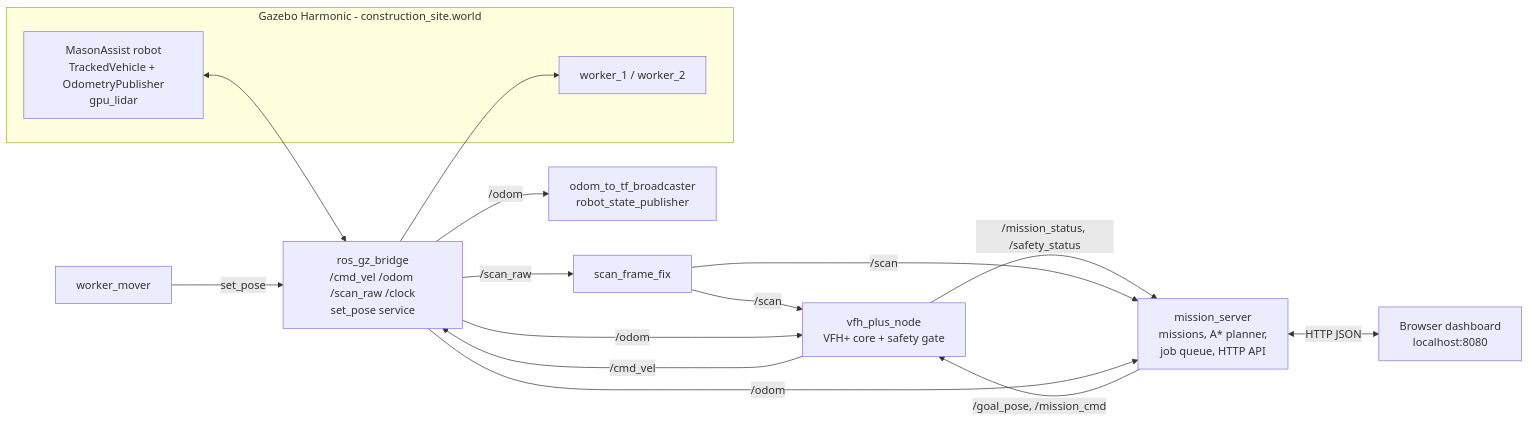
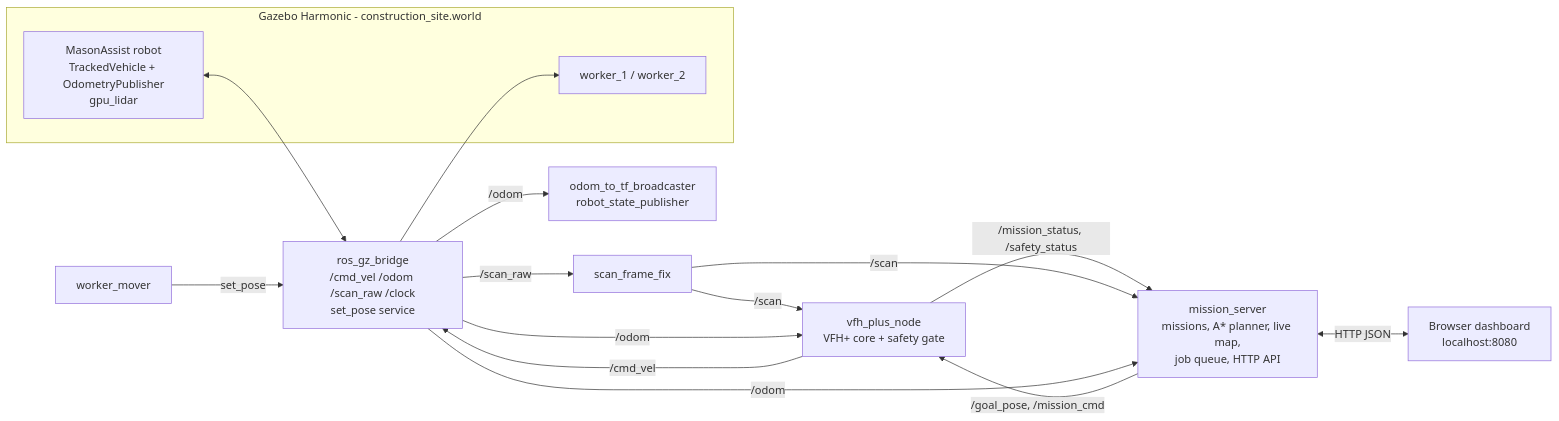
The diagram in README.md (akki0312-tech/MasonAssist), drawn with Mermaid before and after one commit. The commit also changed other lines of this file and 8 other files, not shown here.

````diff
--- a/README.md
+++ b/README.md
@@ -27,28 +28,28 @@
 ```mermaid
 flowchart LR
   subgraph GZ["Gazebo Harmonic - construction_site.world"]
     ROBOT["MasonAssist robot<br/>TrackedVehicle + OdometryPublisher<br/>gpu_lidar"]
     WORKERS["worker_1 / worker_2"]
   end
 
   BRIDGE["ros_gz_bridge<br/>/cmd_vel /odom /scan_raw /clock<br/>set_pose service"]
   SFF["scan_frame_fix"]
   TF["odom_to_tf_broadcaster<br/>robot_state_publisher"]
   VFH["vfh_plus_node<br/>VFH+ core + safety gate"]
-  MS["mission_server<br/>missions, A* planner,<br/>job queue, HTTP API"]
+  MS["mission_server<br/>missions, A* planner, live map,<br/>job queue, HTTP API"]
   WM["worker_mover"]
   UI["Browser dashboard<br/>localhost:8080"]
 
   ROBOT <--> BRIDGE
   BRIDGE -- "/scan_raw" --> SFF -- "/scan" --> VFH
   BRIDGE -- "/odom" --> VFH
   BRIDGE -- "/odom" --> TF
   VFH -- "/cmd_vel" --> BRIDGE
   MS -- "/goal_pose, /mission_cmd" --> VFH
   VFH -- "/mission_status, /safety_status" --> MS
   SFF -- "/scan" --> MS
   BRIDGE -- "/odom" --> MS
   MS <-- "HTTP JSON" --> UI
   WM -- "set_pose" --> BRIDGE
   BRIDGE --> WORKERS
 ```
````
